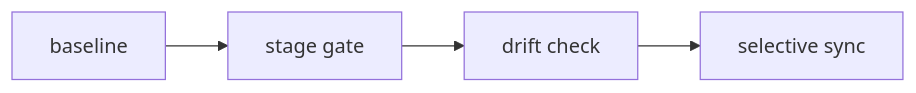
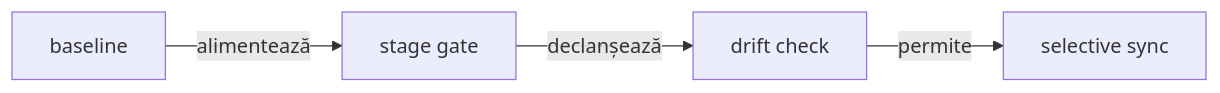
Before and after one commit to crististefanita/demo2: the fourth of 6 diagrams in docs/ATF_Build_And_Execution_Safety.md, drawn with Mermaid. The commit also changed other lines of this file and 52 other files, not shown here.

````diff
--- a/docs/ATF_Build_And_Execution_Safety.md
+++ b/docs/ATF_Build_And_Execution_Safety.md
@@ -114,6 +114,6 @@
 ```mermaid
 flowchart LR
-    Manifest["baseline"] --> Build["stage gate"]
-    Build --> Guard["drift check"]
-    Guard --> Promote["selective sync"]
+    Manifest["baseline"] -->|alimentează| Build["stage gate"]
+    Build -->|declanșează| Guard["drift check"]
+    Guard -->|permite| Promote["selective sync"]
 ```
````
